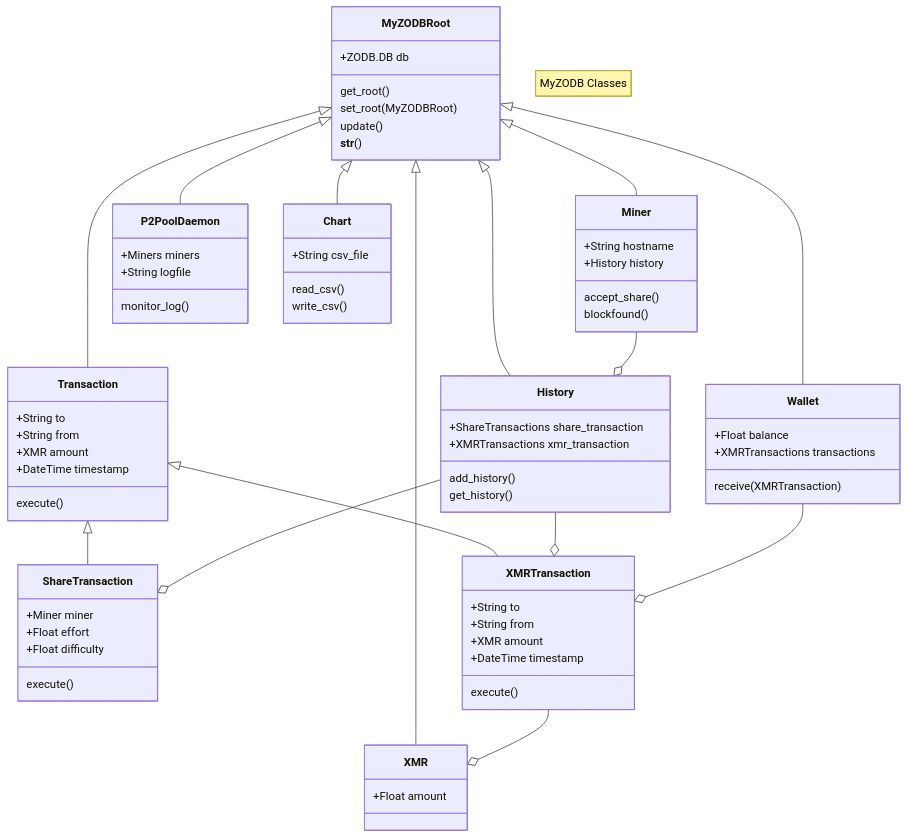
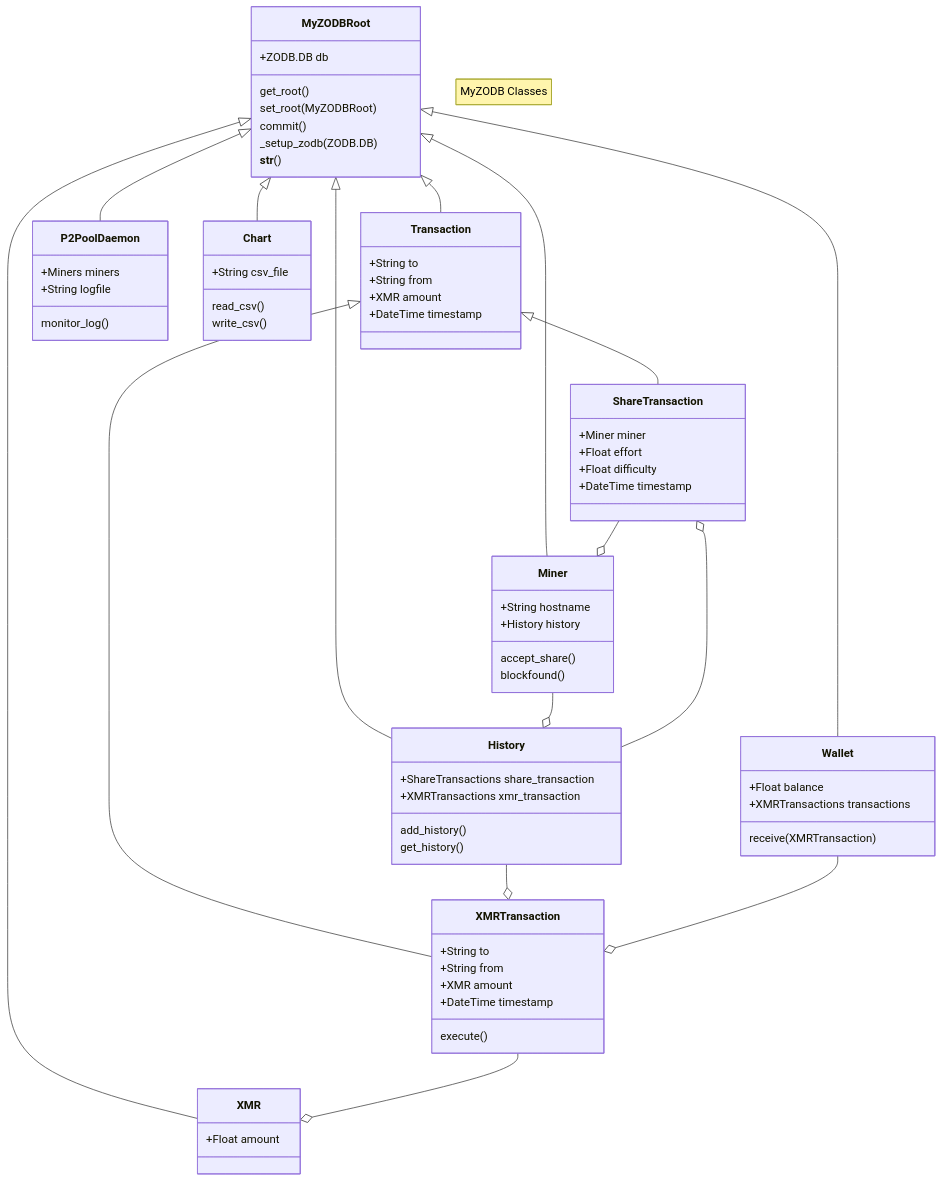
Before and after one commit to NadimGhaznavi/myzodb: the diagram in _posts/2024-06-02-Class-Hierarchy.md, drawn with Mermaid. The commit also changed other lines of this file and 1 other file, not shown here.

```diff
--- a/_posts/2024-06-02-Class-Hierarchy.md
+++ b/_posts/2024-06-02-Class-Hierarchy.md
@@ -8,76 +9,77 @@
 <pre class="mermaid">
   classDiagram
     note "MyZODB Classes"
     MyZODBRoot <|-- XMR
     MyZODBRoot <|-- Transaction
     Transaction <|-- ShareTransaction
     Transaction <|-- XMRTransaction
     MyZODBRoot <|-- Miner
     MyZODBRoot <|-- Wallet
     MyZODBRoot <|-- P2PoolDaemon
     MyZODBRoot <|-- Chart
     MyZODBRoot <|-- History
     Miner --o History
     History --o XMRTransaction
     History --o ShareTransaction
     XMRTransaction --o XMR
     Wallet --o XMRTransaction
+    ShareTransaction --o Miner
 
     class Chart{
       +String csv_file
       read_csv()
       write_csv()
     }
     class History{
       +ShareTransactions share_transaction
       +XMRTransactions xmr_transaction
       add_history()
       get_history()
     }
     class Miner{
       +String hostname
       +History history
       accept_share()
       blockfound()
     }
     class MyZODBRoot{
       +ZODB.DB db
       get_root()
       set_root(MyZODBRoot)
-      update()
+      commit()
+      _setup_zodb(ZODB.DB)
       __str__()
     }
     class P2PoolDaemon{
       +Miners miners
       +String logfile
       monitor_log()
     }
     class ShareTransaction{
       +Miner miner
       +Float effort
       +Float difficulty
-      execute()
+      +DateTime timestamp
     }
     class Transaction{
       +String to
       +String from
       +XMR amount
       +DateTime timestamp
-      execute()
     }
     class Wallet{
       +Float balance
       +XMRTransactions transactions
       receive(XMRTransaction)
     }
     class XMR{
       +Float amount
     }
     class XMRTransaction{
       +String to
       +String from
       +XMR amount
       +DateTime timestamp
       execute()
     }
 </pre>
```
